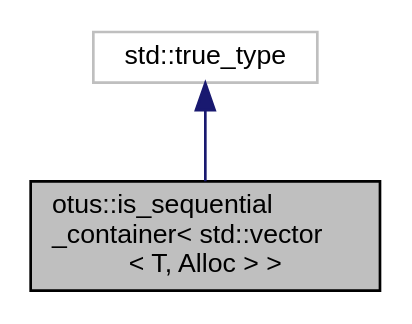
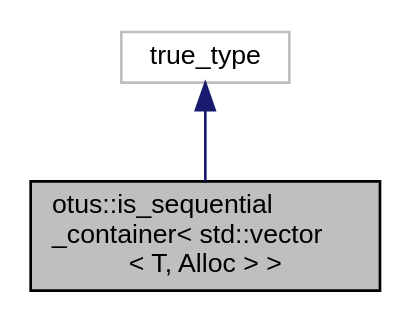
Before and after one commit to felixpalta/otus-4-print_ip: the diagram in structotus_1_1is__sequential__container_3_01std_1_1vector_3_01T_00_01Alloc_01_4_01_4__inherit__graph.dot, drawn with Graphviz. The commit also changed 35 other files, not shown here.

```diff
--- a/structotus_1_1is__sequential__container_3_01std_1_1vector_3_01T_00_01Alloc_01_4_01_4__inherit__graph.dot
+++ b/structotus_1_1is__sequential__container_3_01std_1_1vector_3_01T_00_01Alloc_01_4_01_4__inherit__graph.dot
@@ -1,8 +1,8 @@
 digraph "otus::is_sequential_container&lt; std::vector&lt; T, Alloc &gt; &gt;"
 {
   edge [fontname="Helvetica",fontsize="10",labelfontname="Helvetica",labelfontsize="10"];
   node [fontname="Helvetica",fontsize="10",shape=record];
   Node1 [label="otus::is_sequential\l_container\< std::vector\l\< T, Alloc \> \>",height=0.2,width=0.4,color="black", fillcolor="grey75", style="filled", fontcolor="black"];
   Node2 -> Node1 [dir="back",color="midnightblue",fontsize="10",style="solid",fontname="Helvetica"];
-  Node2 [label="std::true_type",height=0.2,width=0.4,color="grey75", fillcolor="white", style="filled"];
+  Node2 [label="true_type",height=0.2,width=0.4,color="grey75", fillcolor="white", style="filled"];
 }
```
